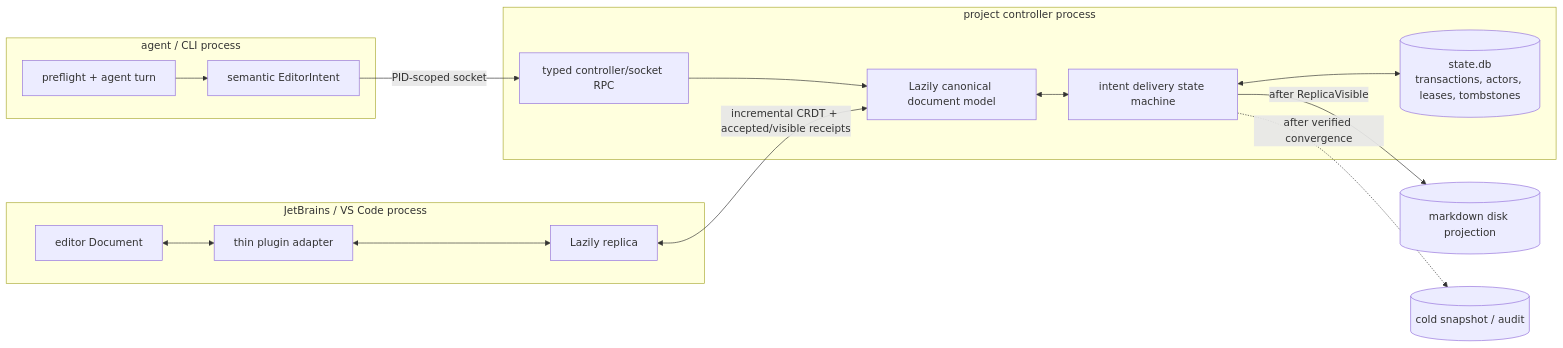
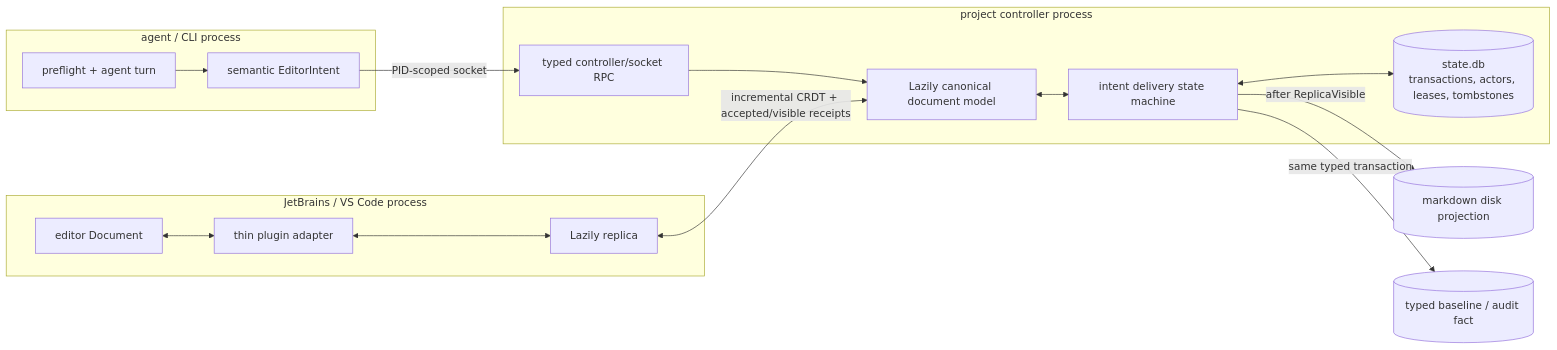
The first of 3 diagrams in specs/process-topology.md (btakita/agent-doc), drawn with Mermaid before and after one commit. The commit also changed other lines of this file and 23 other files, not shown here.

````diff
--- a/specs/process-topology.md
+++ b/specs/process-topology.md
@@ -5,34 +5,34 @@
 ```mermaid
 flowchart LR
   subgraph IDE["JetBrains / VS Code process"]
     DOC["editor Document"]
     PLUG["thin plugin adapter"]
     REP["Lazily replica"]
     DOC <--> PLUG
     PLUG <--> REP
   end
 
   subgraph Controller["project controller process"]
     RPC["typed controller/socket RPC"]
     MODEL["Lazily canonical document model"]
     SM["intent delivery state machine"]
     DB[("state.db\ntransactions, actors, leases, tombstones")]
     RPC --> MODEL
     MODEL <--> SM
     SM <--> DB
   end
 
   subgraph Agent["agent / CLI process"]
     TURN["preflight + agent turn"]
     INTENT["semantic EditorIntent"]
     TURN --> INTENT
   end
 
   DISK[("markdown disk projection")]
-  SNAP[("cold snapshot / audit")]
+  BASE[("typed baseline / audit fact")]
 
   REP <-->|incremental CRDT + accepted/visible receipts| MODEL
   INTENT -->|PID-scoped socket| RPC
   SM -->|after ReplicaVisible| DISK
-  SM -.->|after verified convergence| SNAP
+  SM -->|same typed transaction| BASE
 ```
````
